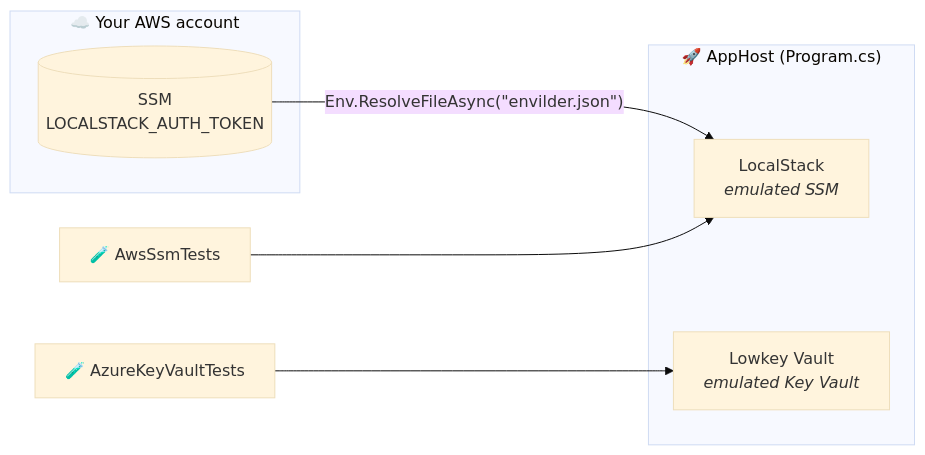
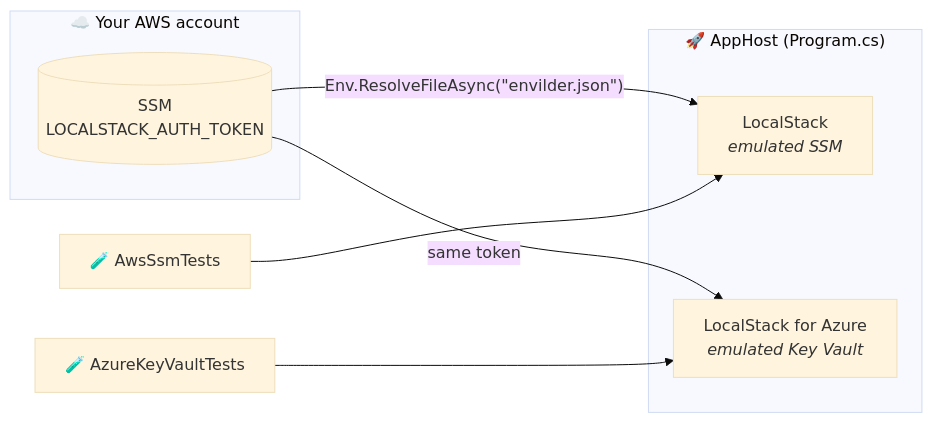
One commit to macalbert/envilder-examples changed the diagram in dotnet-aspire/README.md. Above: the diagram before and after it, drawn with Mermaid (base theme). The commit also changed other lines of this file and 22 other files, not shown here.

Commit message:
test: replace Lowkey Vault with LocalStack for Azure in every example

````diff
--- a/dotnet-aspire/README.md
+++ b/dotnet-aspire/README.md
@@ -15,15 +15,16 @@
 ```mermaid
 flowchart LR
     subgraph cloud["☁️ Your AWS account"]
         token[("SSM<br/>LOCALSTACK_AUTH_TOKEN")]
     end
 
     subgraph apphost["🚀 AppHost (Program.cs)"]
         localstack["LocalStack<br/><i>emulated SSM</i>"]
-        lowkey["Lowkey Vault<br/><i>emulated Key Vault</i>"]
+        azurels["LocalStack for Azure<br/><i>emulated Key Vault</i>"]
     end
 
     token -- "Env.ResolveFileAsync(#quot;envilder.json#quot;)" --> localstack
+    token -- "same token" --> azurels
     aws["🧪 AwsSsmTests"] --> localstack
-    azure["🧪 AzureKeyVaultTests"] --> lowkey
+    azure["🧪 AzureKeyVaultTests"] --> azurels
 ```
````
